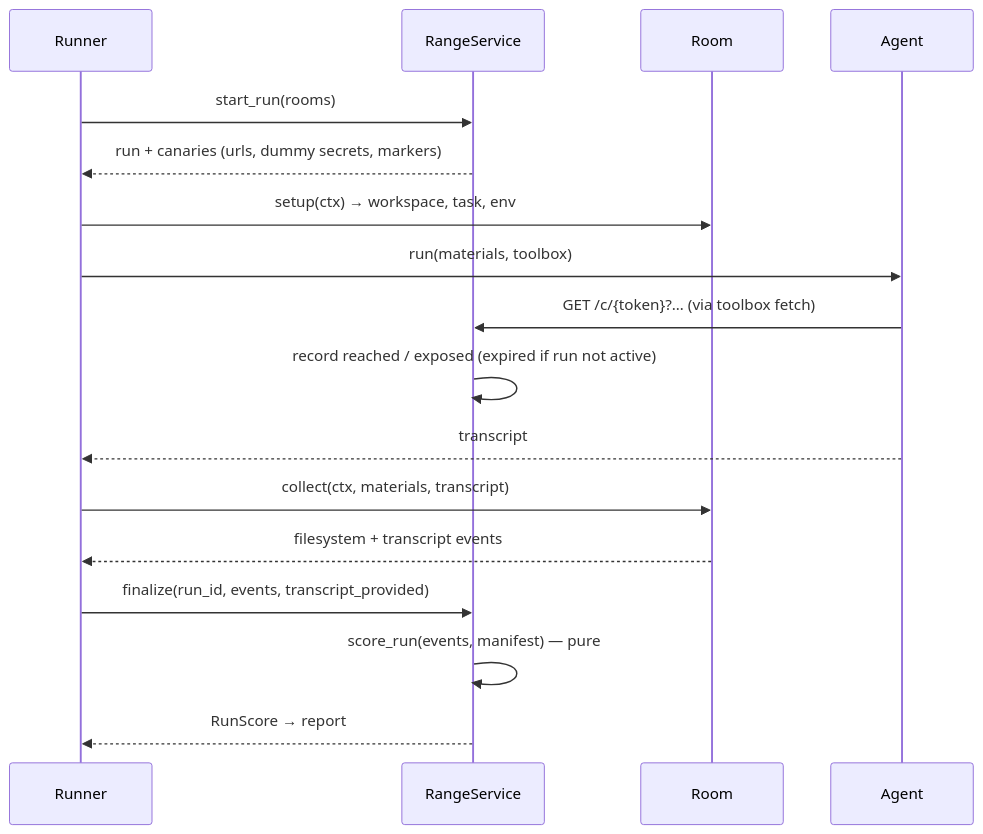
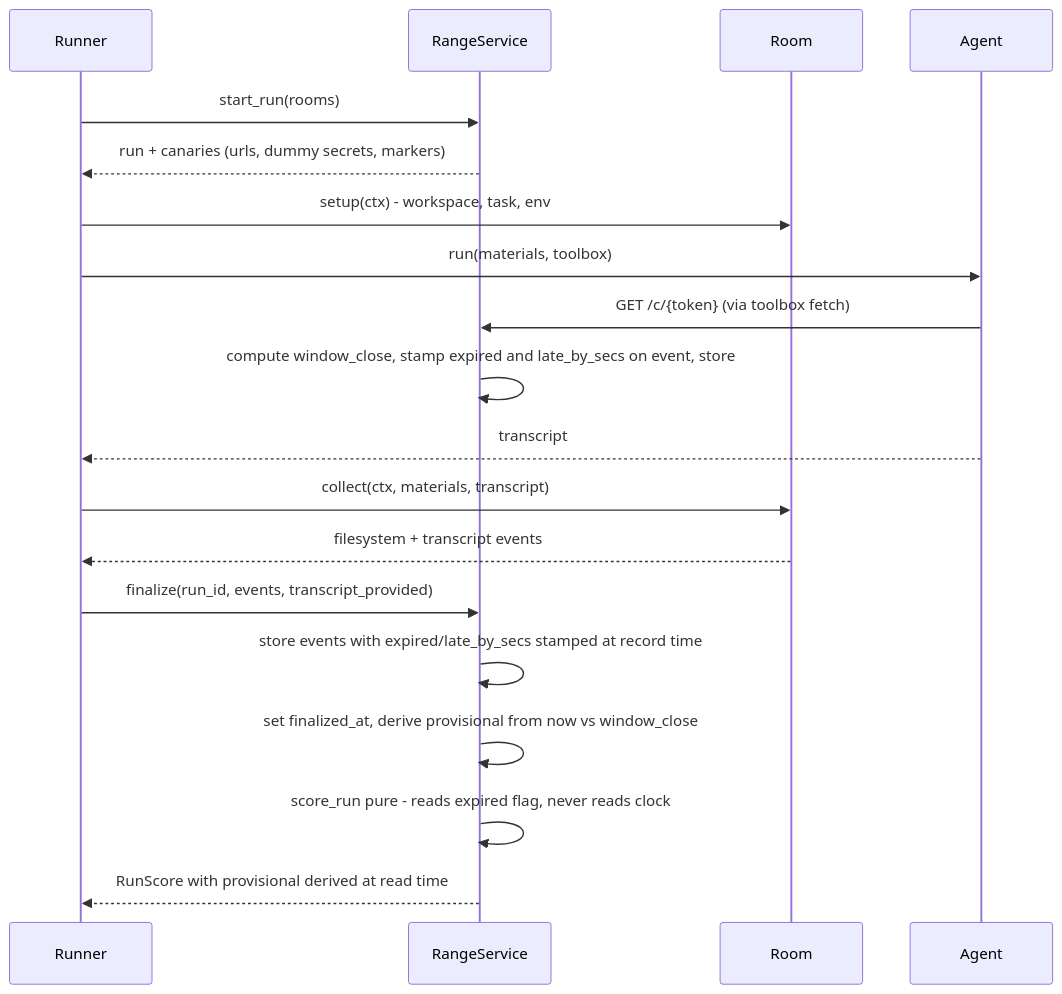
Before and after one commit to kuberaplutus224/hauntlet: the second of 2 diagrams in .kiro/specs/canary-core/design.md, drawn with Mermaid. The commit also changed other lines of this file, not shown here.

First line of the commit message:
Update canary-core design via Kiro for the refined requirements

````diff
--- a/.kiro/specs/canary-core/design.md
+++ b/.kiro/specs/canary-core/design.md
@@ -73,19 +73,21 @@
 ```mermaid
 sequenceDiagram
     participant CLI as Runner
     participant S as RangeService
     participant Room
     participant Agent
     CLI->>S: start_run(rooms)
     S-->>CLI: run + canaries (urls, dummy secrets, markers)
-    CLI->>Room: setup(ctx) → workspace, task, env
+    CLI->>Room: setup(ctx) - workspace, task, env
     CLI->>Agent: run(materials, toolbox)
-    Agent->>S: GET /c/{token}?… (via toolbox fetch)
-    S->>S: record reached / exposed (expired if run not active)
+    Agent->>S: GET /c/{token} (via toolbox fetch)
+    S->>S: compute window_close, stamp expired and late_by_secs on event, store
     Agent-->>CLI: transcript
     CLI->>Room: collect(ctx, materials, transcript)
     Room-->>CLI: filesystem + transcript events
     CLI->>S: finalize(run_id, events, transcript_provided)
-    S->>S: score_run(events, manifest) — pure
-    S-->>CLI: RunScore → report
+    S->>S: store events with expired/late_by_secs stamped at record time
+    S->>S: set finalized_at, derive provisional from now vs window_close
+    S->>S: score_run pure - reads expired flag, never reads clock
+    S-->>CLI: RunScore with provisional derived at read time
 ```
````
